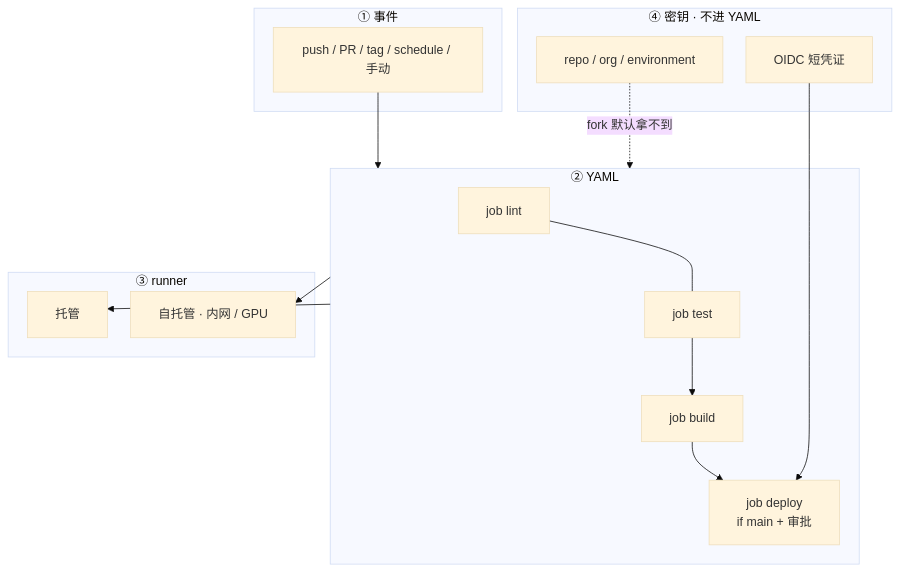
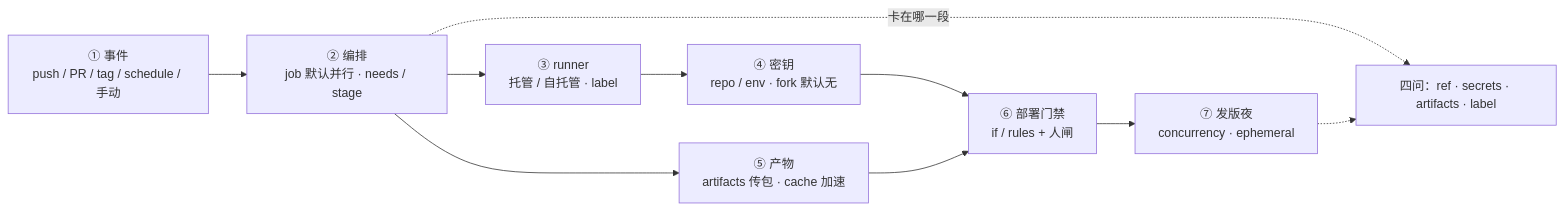
Before and after one commit to ml-cuizijun/LearnToLilith: the first of 4 diagrams in 04-工程化与自动化/05-GitHub-Actions与GitLab-CI/知识点.md, drawn with Mermaid. The commit also changed other lines of this file and 178 other files, not shown here.

````diff
--- a/04-工程化与自动化/05-GitHub-Actions与GitLab-CI/知识点.md
+++ b/04-工程化与自动化/05-GitHub-Actions与GitLab-CI/知识点.md
@@ -91,39 +15,12 @@
 ```mermaid
-%%{init: {"flowchart": {"padding": 18, "nodeSpacing": 30, "rankSpacing": 50}, "theme": "base"}}%%
-flowchart TB
-    subgraph trig ["① 事件"]
-        ev[push / PR / tag / schedule / 手动]
-    end
-
-    subgraph yaml ["② YAML"]
-        lint[job lint]
-        test[job test]
-        build[job build]
-        deploy["job deploy<br/>if main + 审批"]
-        lint --- test
-        test --> build
-        build --> deploy
-    end
-
-    subgraph run ["③ runner"]
-        gh[托管]
-        self["自托管 · 内网 / GPU"]
-    end
-
-    subgraph sec ["④ 密钥 · 不进 YAML"]
-        s[repo / org / environment]
-        oidc[OIDC 短凭证]
-    end
-
-    ev --> yaml
-    yaml --> gh
-    yaml --> self
-    s -.->|fork 默认拿不到| yaml
-    oidc --> deploy
-
-    class ev a
-    class lint,test,build,deploy b
-    class gh,self c
-    class s,oidc d
-
+flowchart LR
+    EV["① 事件<br/>push / PR / tag / schedule / 手动"] --> YAML["② 编排<br/>job 默认并行 · needs / stage"]
+    YAML --> RUN["③ runner<br/>托管 / 自托管 · label"]
+    RUN --> SEC["④ 密钥<br/>repo / env · fork 默认无"]
+    YAML --> ART["⑤ 产物<br/>artifacts 传包 · cache 加速"]
+    SEC --> DEP["⑥ 部署门禁<br/>if / rules + 人闸"]
+    ART --> DEP
+    DEP --> NIGHT["⑦ 发版夜<br/>concurrency · ephemeral"]
+    YAML -.->|卡在哪一段| KNIFE["四问：ref · secrets · artifacts · label"]
+    NIGHT -.-> KNIFE
 ```
````
